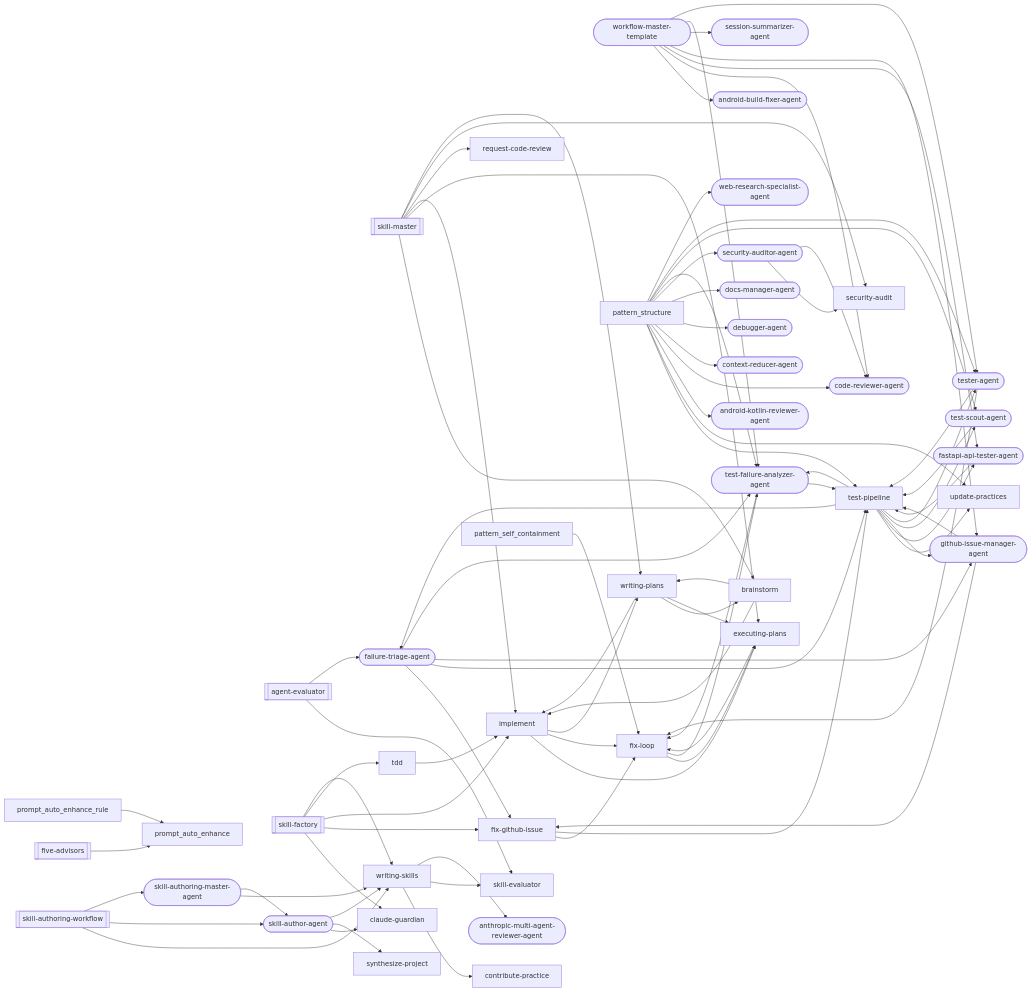
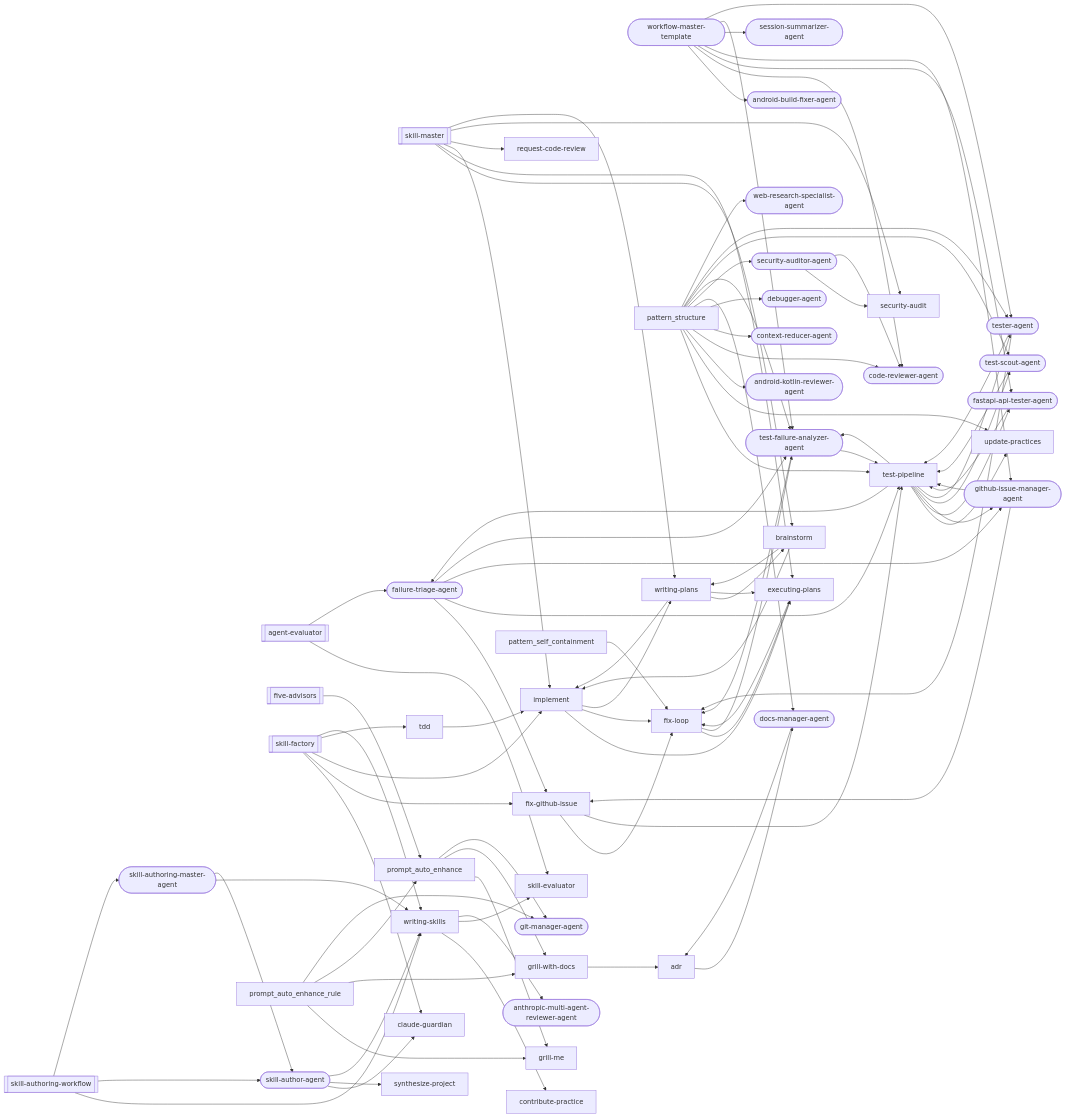
One commit to abhayla/claude-best-practices changed the third of 28 diagrams in docs/workflows/skill-authoring.md. Above: the diagram before and after it, drawn with Mermaid. The commit also changed other lines of this file and 12 other files, not shown here.

````diff
--- a/docs/workflows/skill-authoring.md
+++ b/docs/workflows/skill-authoring.md
@@ -671,6 +732,7 @@
     skill_factory[["skill-factory"]]
     skill_master[["skill-master"]]
     workflow_master_template(["workflow-master-template"])
+    adr["adr"]
     android_build_fixer_agent(["android-build-fixer-agent"])
     android_kotlin_reviewer_agent(["android-kotlin-reviewer-agent"])
     anthropic_multi_agent_reviewer_agent(["anthropic-multi-agent-reviewer-agent"])
@@ -686,7 +748,10 @@
     fastapi_api_tester_agent(["fastapi-api-tester-agent"])
     fix_github_issue["fix-github-issue"]
     fix_loop["fix-loop"]
+    git_manager_agent(["git-manager-agent"])
     github_issue_manager_agent(["github-issue-manager-agent"])
+    grill_me["grill-me"]
+    grill_with_docs["grill-with-docs"]
     implement["implement"]
     request_code_review["request-code-review"]
     security_audit["security-audit"]
@@ -705,6 +770,7 @@
     web_research_specialist_agent(["web-research-specialist-agent"])
     writing_plans["writing-plans"]
     writing_skills["writing-skills"]
+    adr --> docs_manager_agent
     agent_evaluator --> skill_evaluator
     agent_evaluator --> failure_triage_agent
     brainstorm --> implement
@@ -715,9 +781,13 @@
     fix_github_issue --> test_pipeline
     fix_loop --> executing_plans
     fix_loop --> test_failure_analyzer_agent
+    grill_with_docs --> adr
     implement --> executing_plans
     implement --> fix_loop
     implement --> writing_plans
+    prompt_auto_enhance --> grill_me
+    prompt_auto_enhance --> grill_with_docs
+    prompt_auto_enhance --> git_manager_agent
     skill_authoring_workflow --> writing_skills
     skill_authoring_workflow --> skill_author_agent
     skill_authoring_workflow --> skill_authoring_master_agent
@@ -746,6 +816,7 @@
     writing_skills --> contribute_practice
     writing_skills --> skill_evaluator
     writing_skills --> anthropic_multi_agent_reviewer_agent
+    docs_manager_agent --> adr
     failure_triage_agent --> fix_github_issue
     failure_triage_agent --> test_pipeline
     failure_triage_agent --> github_issue_manager_agent
@@ -785,5 +856,8 @@
     pattern_structure --> test_scout_agent
     pattern_structure --> tester_agent
     pattern_structure --> web_research_specialist_agent
+    prompt_auto_enhance_rule --> grill_me
+    prompt_auto_enhance_rule --> grill_with_docs
     prompt_auto_enhance_rule --> prompt_auto_enhance
+    prompt_auto_enhance_rule --> git_manager_agent
 ```
````
